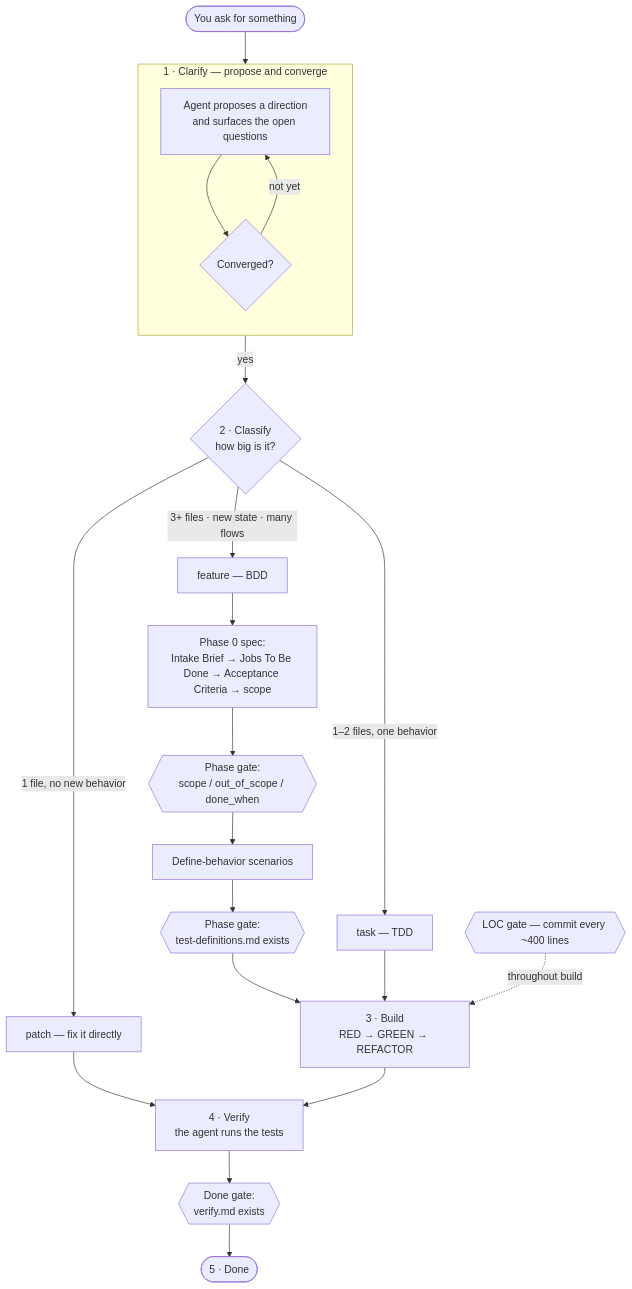
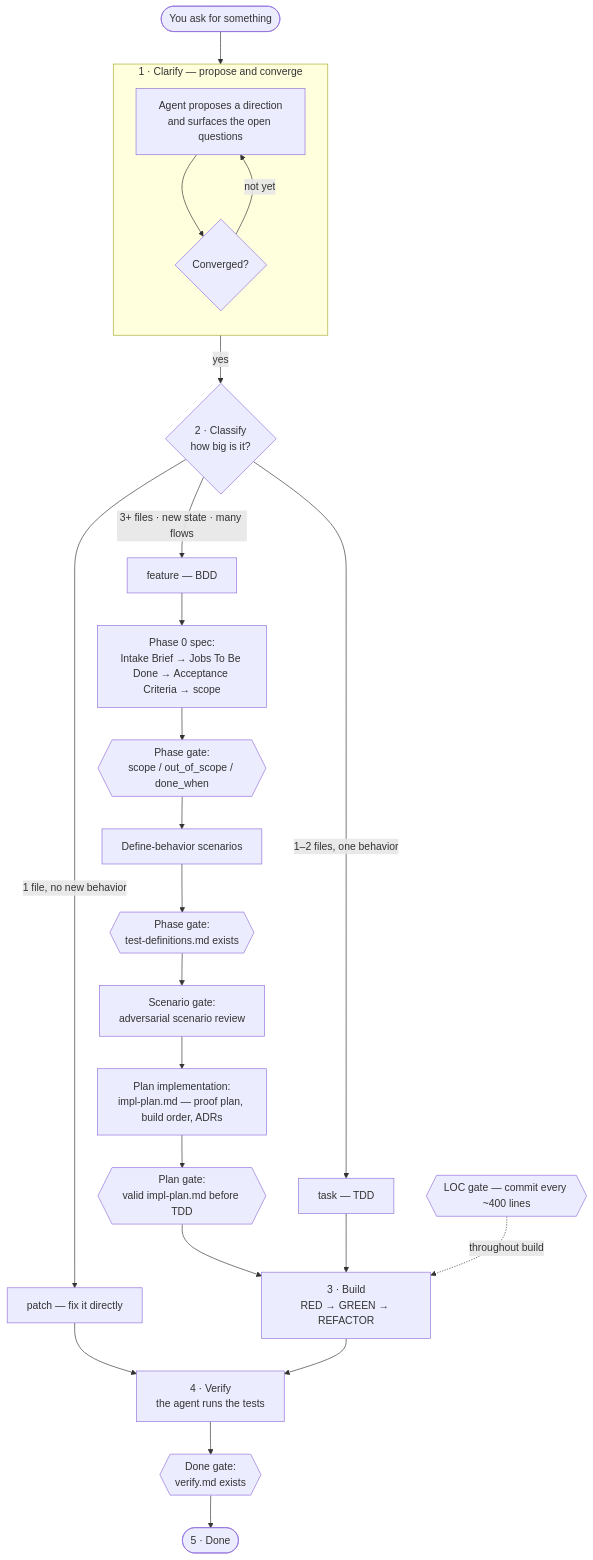
The diagram in packages/website/src/content/docs/getting-started/workflow.mdx (ArcadeAI/safeword), drawn with Mermaid before and after one commit. The commit also changed other lines of this file and 5 other files, not shown here.

First line of the commit message:
docs: seven-phase flow + four-gate inventory

````diff
--- a/packages/website/src/content/docs/getting-started/workflow.mdx
+++ b/packages/website/src/content/docs/getting-started/workflow.mdx
@@ -10,34 +10,37 @@
 ```mermaid
 flowchart TD
     start([You ask for something])
     start --> propose
 
     subgraph clarify ["1 · Clarify — propose and converge"]
       direction TB
       propose["Agent proposes a direction<br/>and surfaces the open questions"]
       converged{"Converged?"}
       propose --> converged
       converged -->|"not yet"| propose
     end
 
     converged -->|"yes"| classify{"2 · Classify<br/>how big is it?"}
 
     classify -->|"1 file, no new behavior"| patch["patch — fix it directly"]
     classify -->|"1–2 files, one behavior"| task["task — TDD"]
     classify -->|"3+ files · new state · many flows"| feature["feature — BDD"]
 
     feature --> phase0["Phase 0 spec:<br/>Intake Brief → Jobs To Be Done → Acceptance Criteria → scope"]
     phase0 --> g1{{"Phase gate:<br/>scope / out_of_scope / done_when"}}
     g1 --> scenarios["Define-behavior scenarios"]
     scenarios --> g2{{"Phase gate:<br/>test-definitions.md exists"}}
-    g2 --> build
+    g2 --> sgate["Scenario gate:<br/>adversarial scenario review"]
+    sgate --> plan["Plan implementation:<br/>impl-plan.md — proof plan, build order, ADRs"]
+    plan --> g2b{{"Plan gate:<br/>valid impl-plan.md before TDD"}}
+    g2b --> build
 
     task --> build["3 · Build<br/>RED → GREEN → REFACTOR"]
     patch --> verify
 
     build --> verify["4 · Verify<br/>the agent runs the tests"]
     verify --> g3{{"Done gate:<br/>verify.md exists"}}
     g3 --> done([5 · Done])
 
     loc{{"LOC gate — commit every ~400 lines"}} -.->|throughout build| build
 ```
````
